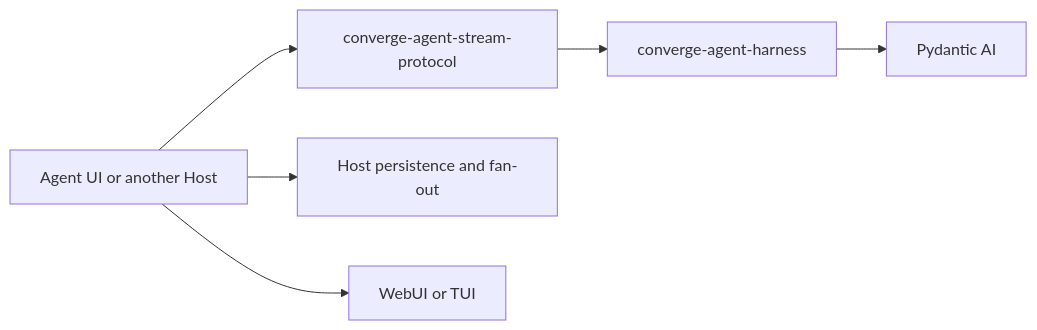
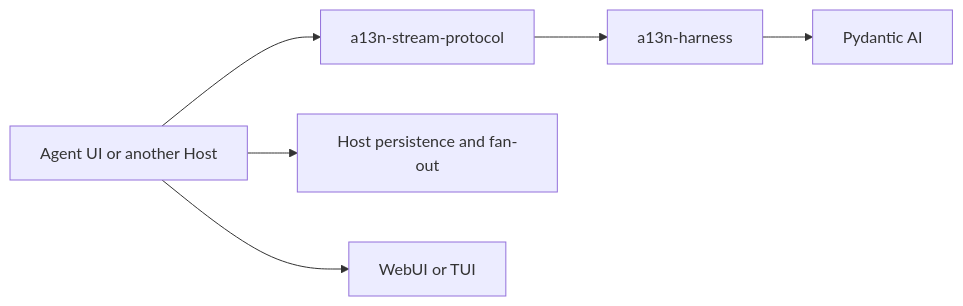
Before and after one commit to LTThreeComma/agent-foundation: the diagram in spec/agent-stream-protocol/00-overview.md, drawn with Mermaid. The commit also changed other lines of this file and 563 other files, not shown here.

````diff
--- a/spec/agent-stream-protocol/00-overview.md
+++ b/spec/agent-stream-protocol/00-overview.md
@@ -27,8 +27,8 @@
 ```mermaid
 flowchart LR
-    Host[Agent UI or another Host] --> Protocol[converge-agent-stream-protocol]
-    Protocol --> Harness[converge-agent-harness]
+    Host[Agent UI or another Host] --> Protocol[a13n-stream-protocol]
+    Protocol --> Harness[a13n-harness]
     Harness --> Pydantic[Pydantic AI]
     Host --> Store[Host persistence and fan-out]
     Host --> Surface[WebUI or TUI]
 ```
````
